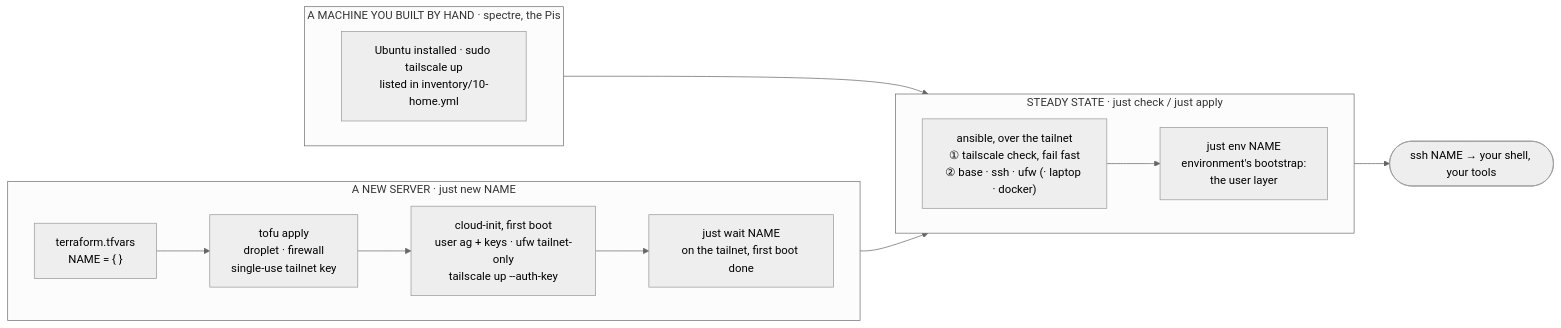
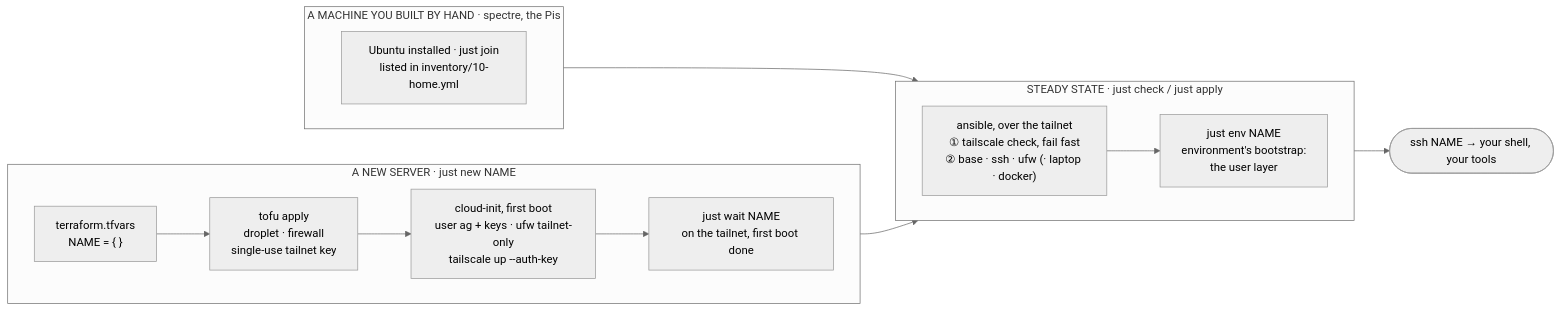
The diagram in README.md (agosmou/fleet), drawn with Mermaid (neutral theme) before and after one commit. The commit also changed other lines of this file and 10 other files, not shown here.

````diff
--- a/README.md
+++ b/README.md
@@ -22,24 +60,24 @@
 ```mermaid
 flowchart LR
     subgraph birth["A NEW SERVER  ·  just new NAME"]
         direction LR
         tfvars["terraform.tfvars<br/>NAME = { }"] --> tofu["tofu apply<br/>droplet · firewall<br/>single-use tailnet key"]
         tofu --> ci["cloud-init, first boot<br/>user ag + keys · ufw tailnet-only<br/>tailscale up --auth-key"]
         ci --> wait["just wait NAME<br/>on the tailnet, first boot done"]
     end
 
     subgraph adopt["A MACHINE YOU BUILT BY HAND  ·  spectre, the Pis"]
         direction LR
-        hand["Ubuntu installed · sudo tailscale up<br/>listed in inventory/10-home.yml"]
+        hand["Ubuntu installed · just join<br/>listed in inventory/10-home.yml"]
     end
 
     wait --> ans
     hand --> ans
 
     subgraph steady["STEADY STATE  ·  just check / just apply"]
         direction LR
         ans["ansible, over the tailnet<br/>① tailscale check, fail fast<br/>② base · ssh · ufw (· laptop · docker)"] --> env["just env NAME<br/>environment's bootstrap:<br/>the user layer"]
     end
 
     env --> done(["ssh NAME → your shell, your tools"])
 ```
````
